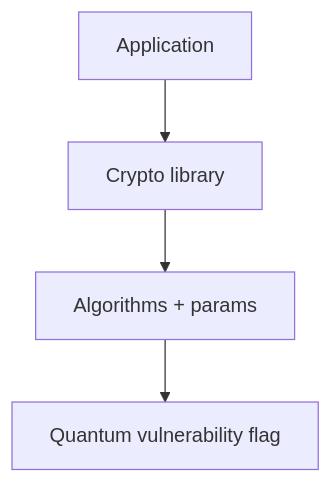
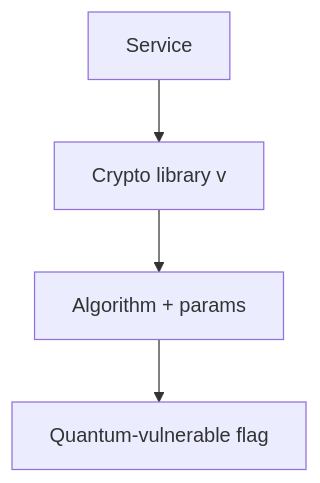
Before and after one commit to kalyogyogi-ui/Ai-check-: the first of 2 diagrams in manuscript/chapters/20-cbom.md, drawn with Mermaid. The commit also changed other lines of this file and 31 other files, not shown here.

First line of the commit message:
Fix figure placement: in-section after intro text, repair corrupted headings

````diff
--- a/manuscript/chapters/20-cbom.md
+++ b/manuscript/chapters/20-cbom.md
@@ -7,6 +52,6 @@
 ```mermaid
 flowchart TB
-  APP[Application] --> LIB[Crypto library]
-  LIB --> ALG[Algorithms + params]
-  ALG --> QV[Quantum vulnerability flag]
+  SVC[Service] --> LIB[Crypto library v]
+  LIB --> ALG[Algorithm + params]
+  ALG --> Q[Quantum-vulnerable flag]
 ```
````
